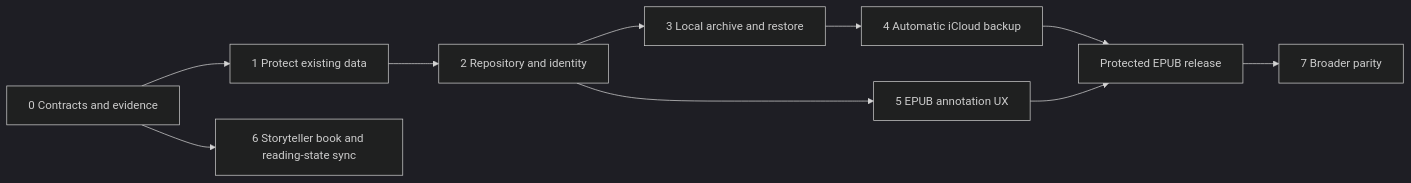
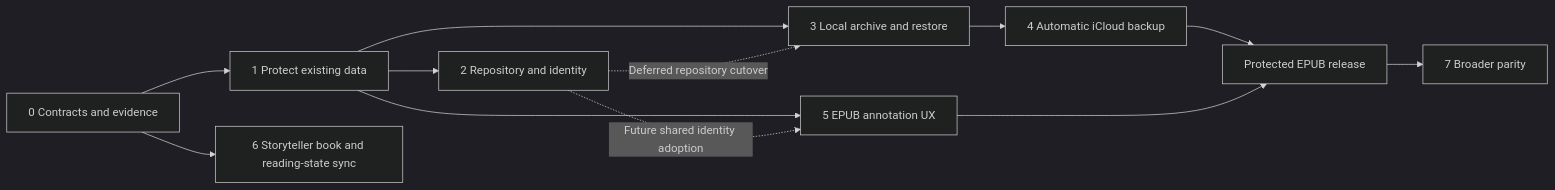
One commit to bokehsec/silveran-reader changed the diagram in docs/ANNOTATION_SYNC_BACKUP_IMPLEMENTATION_PLAN.md. Above: the diagram before and after it, drawn with Mermaid (dark theme). The commit also changed other lines of this file and 14 other files, not shown here.

````diff
--- a/docs/ANNOTATION_SYNC_BACKUP_IMPLEMENTATION_PLAN.md
+++ b/docs/ANNOTATION_SYNC_BACKUP_IMPLEMENTATION_PLAN.md
@@ -29,12 +29,14 @@
 ```mermaid
 flowchart LR
     P0[0 Contracts and evidence] --> P1[1 Protect existing data]
     P1 --> P2[2 Repository and identity]
-    P2 --> P3[3 Local archive and restore]
+    P1 --> P3[3 Local archive and restore]
+    P2 -. Deferred repository cutover .-> P3
     P3 --> P4[4 Automatic iCloud backup]
-    P2 --> P5[5 EPUB annotation UX]
+    P1 --> P5[5 EPUB annotation UX]
+    P2 -. Future shared identity adoption .-> P5
     P0 --> P6[6 Storyteller book and reading-state sync]
     P4 --> R[Protected EPUB release]
     P5 --> R
     R --> P7[7 Broader parity]
 ```
````
